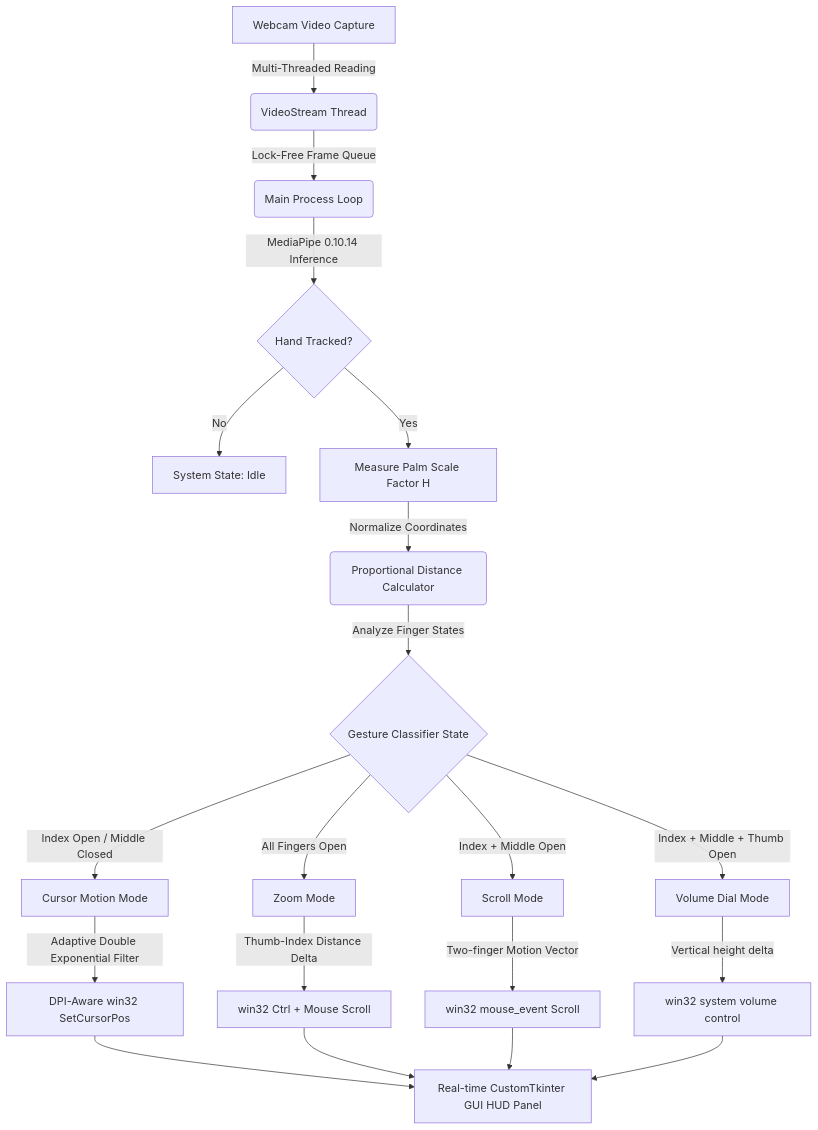
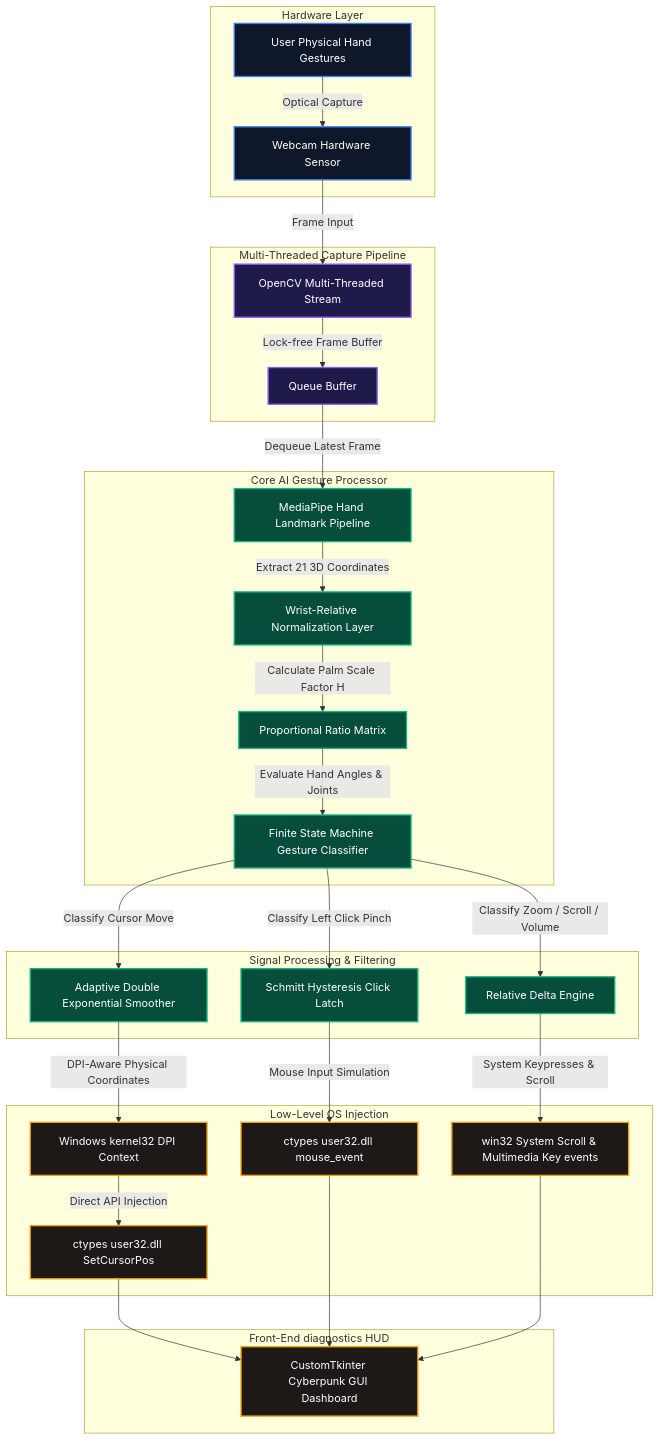
One commit to idusha-manaka/AeroGlide changed the diagram in README.md. Above: the diagram before and after it, drawn with Mermaid. The commit also changed other lines of this file and 1 other file, not shown here.

Commit message:
docs: upgrade README and add theme-responsive gesture blueprint SVG

````diff
--- a/README.md
+++ b/README.md
@@ -189,24 +248,49 @@
 ```mermaid
 graph TD
-    A[Webcam Video Capture] -->|Multi-Threaded Reading| B(VideoStream Thread)
-    B -->|Lock-Free Frame Queue| C(Main Process Loop)
-    C -->|MediaPipe 0.10.14 Inference| D{Hand Tracked?}
-    D -->|No| E[System State: Idle]
-    D -->|Yes| F[Measure Palm Scale Factor H]
-    F -->|Normalize Coordinates| G(Proportional Distance Calculator)
-    G -->|Analyze Finger States| H{Gesture Classifier State}
-    
-    H -->|Index Open / Middle Closed| I[Cursor Motion Mode]
-    I -->|Adaptive Double Exponential Filter| J[DPI-Aware win32 SetCursorPos]
-    
-    H -->|All Fingers Open| K[Zoom Mode]
-    K -->|Thumb-Index Distance Delta| L[win32 Ctrl + Mouse Scroll]
-    
-    H -->|Index + Middle Open| M[Scroll Mode]
-    M -->|Two-finger Motion Vector| N[win32 mouse_event Scroll]
-    
-    H -->|Index + Middle + Thumb Open| O[Volume Dial Mode]
-    O -->|Vertical height delta| P[win32 system volume control]
-    
-    J & L & N & P --> Q[Real-time CustomTkinter GUI HUD Panel]
+    %% Styling
+    classDef hardware fill:#0f172a,stroke:#3b82f6,stroke-width:2px,color:#fff;
+    classDef thread fill:#1e1b4b,stroke:#8b5cf6,stroke-width:2px,color:#fff;
+    classDef logic fill:#064e3b,stroke:#10b981,stroke-width:2px,color:#fff;
+    classDef output fill:#1c1917,stroke:#f59e0b,stroke-width:2px,color:#fff;
+
+    subgraph Hardware Layer
+        A[Webcam Hardware Sensor]:::hardware
+        B[User Physical Hand Gestures]:::hardware
+    end
+
+    subgraph Multi-Threaded Capture Pipeline
+        C[OpenCV Multi-Threaded Stream]:::thread -->|Lock-free Frame Buffer| D[Queue Buffer]:::thread
+    end
+
+    subgraph Core AI Gesture Processor
+        D -->|Dequeue Latest Frame| E[MediaPipe Hand Landmark Pipeline]:::logic
+        E -->|Extract 21 3D Coordinates| F[Wrist-Relative Normalization Layer]:::logic
+        F -->|Calculate Palm Scale Factor H| G[Proportional Ratio Matrix]:::logic
+        G -->|Evaluate Hand Angles & Joints| H[Finite State Machine Gesture Classifier]:::logic
+    end
+
+    subgraph Signal Processing & Filtering
+        H -->|Classify Cursor Move| I[Adaptive Double Exponential Smoother]:::logic
+        H -->|Classify Left Click Pinch| J[Schmitt Hysteresis Click Latch]:::logic
+        H -->|Classify Zoom / Scroll / Volume| K[Relative Delta Engine]:::logic
+    end
+
+    subgraph Low-Level OS Injection
+        I -->|DPI-Aware Physical Coordinates| L[Windows kernel32 DPI Context]:::output
+        L -->|Direct API Injection| M[ctypes user32.dll SetCursorPos]:::output
+        J -->|Mouse Input Simulation| N[ctypes user32.dll mouse_event]:::output
+        K -->|System Keypresses & Scroll| O[win32 System Scroll & Multimedia Key events]:::output
+    end
+
+    subgraph Front-End diagnostics HUD
+        M & N & O --> P[CustomTkinter Cyberpunk GUI Dashboard]:::output
+    end
+
+    A -->|Frame Input| C
+    B -->|Optical Capture| A
+
+    class A,B hardware;
+    class C,D thread;
+    class E,F,G,H,I,J,K logic;
+    class L,M,N,O,P output;
 ```
````
